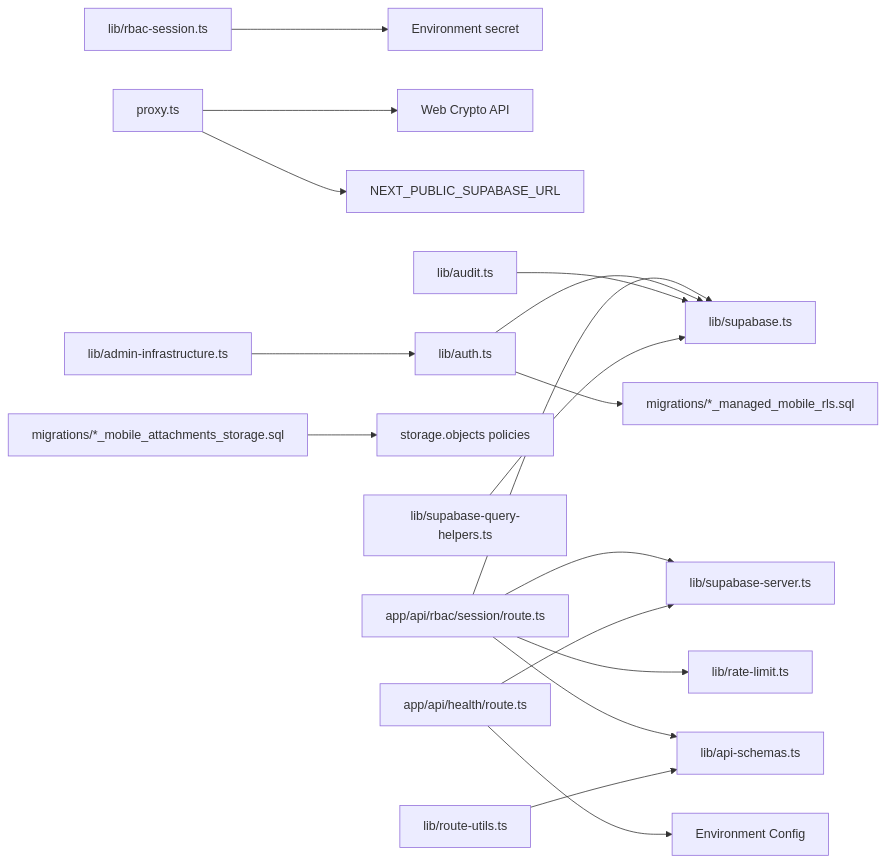
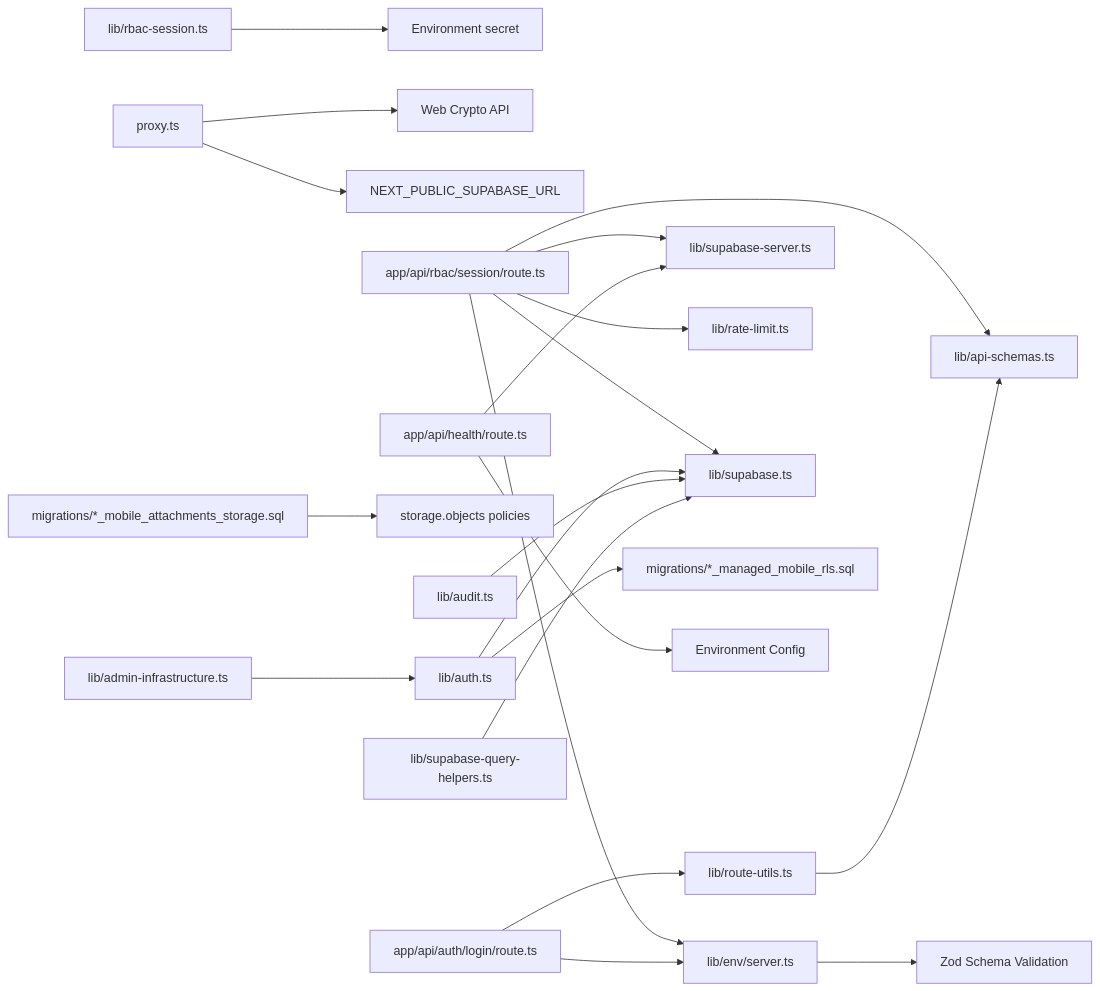
One commit to mustafaalkusaj/appschoolmustafa2002 changed diagram 12 of 12 in .qoder/repowiki/en/content/Security Implementation/Security Implementation.md. Above: the diagram before and after it, drawn with Mermaid. The commit also changed other lines of this file and 277 other files, not shown here.

````diff
--- a/.qoder/repowiki/en/content/Security Implementation/Security Implementation.md
+++ b/.qoder/repowiki/en/content/Security Implementation/Security Implementation.md
@@ -622,19 +658,23 @@
 ```mermaid
 graph LR
 RBACSession["lib/rbac-session.ts"] --> Secret["Environment secret"]
+EnvValidator["lib/env/server.ts"] --> SecretSchema["Zod Schema Validation"]
 Proxy["proxy.ts"] --> Crypto["Web Crypto API"]
 Proxy --> SupabaseURL["NEXT_PUBLIC_SUPABASE_URL"]
 RBACRoute["app/api/rbac/session/route.ts"] --> SupaServer["lib/supabase-server.ts"]
 RBACRoute --> RateLimit["lib/rate-limit.ts"]
 RBACRoute --> SupaBrowser["lib/supabase.ts"]
 RBACRoute --> ZodSchemas["lib/api-schemas.ts"]
+RBACRoute --> EnvValidator
 AuthLib["lib/auth.ts"] --> SupaBrowser
 AuthLib --> RLS["migrations/*_managed_mobile_rls.sql"]
 StorageRLS["migrations/*_mobile_attachments_storage.sql"] --> StoragePolicy["storage.objects policies"]
 Audit["lib/audit.ts"] --> SupaBrowser
 AdminInfra["lib/admin-infrastructure.ts"] --> AuthLib
 QueryHelpers["lib/supabase-query-helpers.ts"] --> SupaBrowser
 HealthEndpoint["app/api/health/route.ts"] --> EnvConfig["Environment Config"]
 HealthEndpoint --> SupaServer
 ZodUtils["lib/route-utils.ts"] --> ZodSchemas
+LoginRoute["app/api/auth/login/route.ts"] --> EnvValidator
+LoginRoute --> ZodUtils
 ```
````
